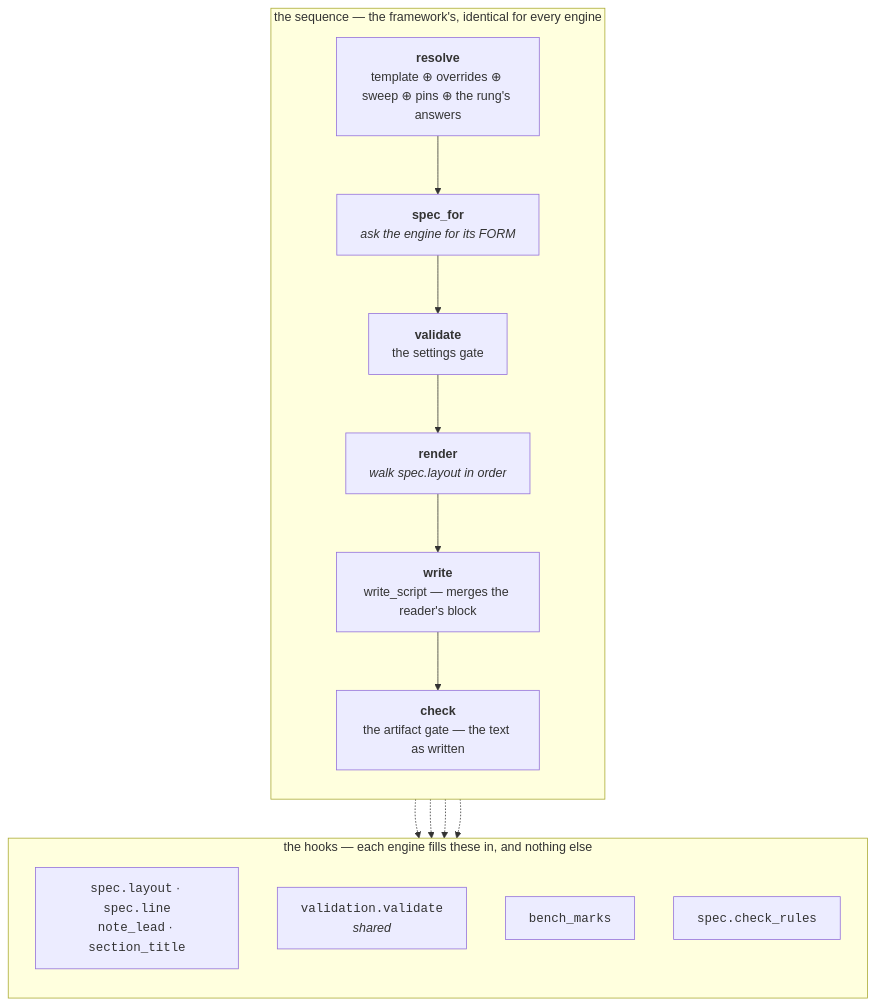
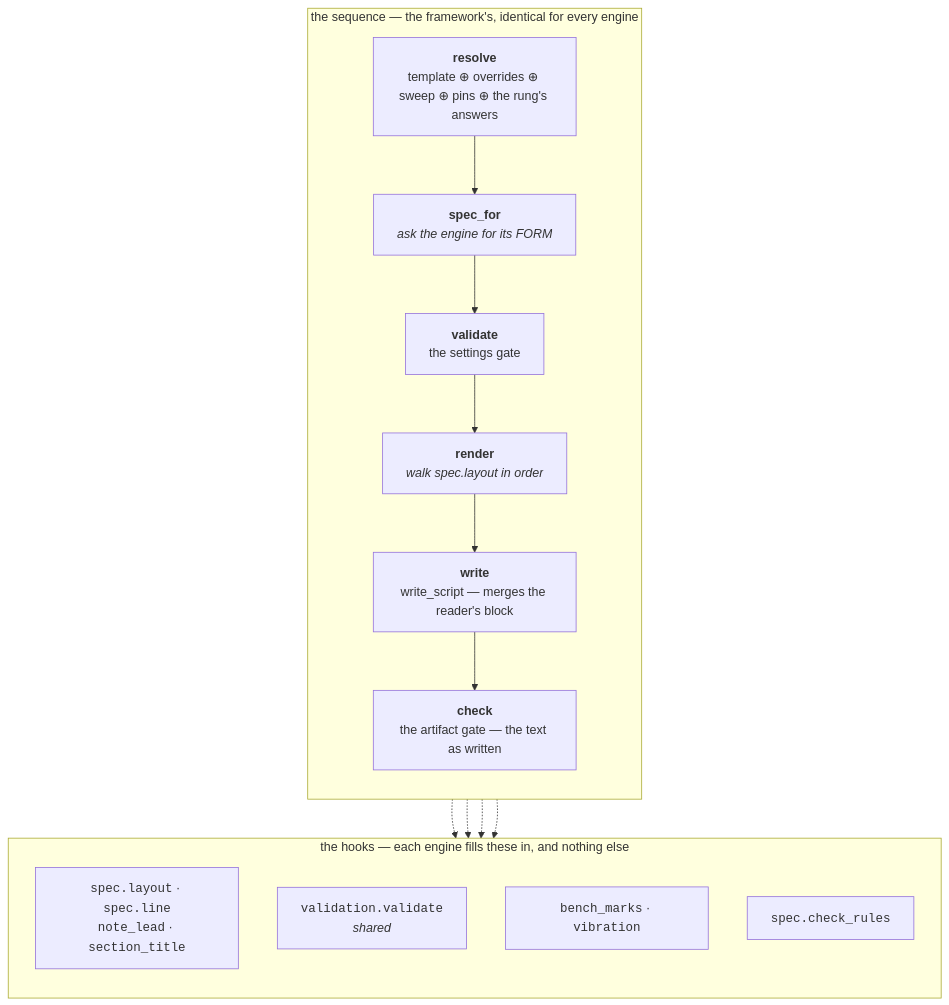
Before and after one commit to Qing-LAB/molbuilder: the fifth of 5 diagrams in docs/execution/script-preparation.md, drawn with Mermaid. The commit also changed other lines of this file and 30 other files, not shown here.

````diff
--- a/docs/execution/script-preparation.md
+++ b/docs/execution/script-preparation.md
@@ -782,24 +718,24 @@
 ```mermaid
 flowchart TB
     subgraph FIXED["the sequence — the framework's, identical for every engine"]
       direction TB
       S1["<b>resolve</b><br/>template ⊕ overrides ⊕ sweep ⊕ pins ⊕ the rung's answers"]
       S2["<b>spec_for</b><br/><i>ask the engine for its FORM</i>"]
       S3["<b>validate</b><br/>the settings gate"]
       S4["<b>render</b><br/><i>walk spec.layout in order</i>"]
       S5["<b>write</b><br/>write_script — merges the reader's block"]
       S6["<b>check</b><br/>the artifact gate — the text as written"]
       S1 --> S2 --> S3 --> S4 --> S5 --> S6
     end
     subgraph HOOKS["the hooks — each engine fills these in, and nothing else"]
       direction TB
       H2["<code>spec.layout</code> · <code>spec.line</code><br/><code>note_lead</code> · <code>section_title</code>"]
       H3["<code>validation.validate</code><br/><i>shared</i>"]
-      H5["<code>bench_marks</code>"]
+      H5["<code>bench_marks</code> · <code>vibration</code>"]
       H6["<code>spec.check_rules</code>"]
     end
     S2 -.-> H2
     S3 -.-> H3
     S4 -.-> H5
     S6 -.-> H6
 ```
````
